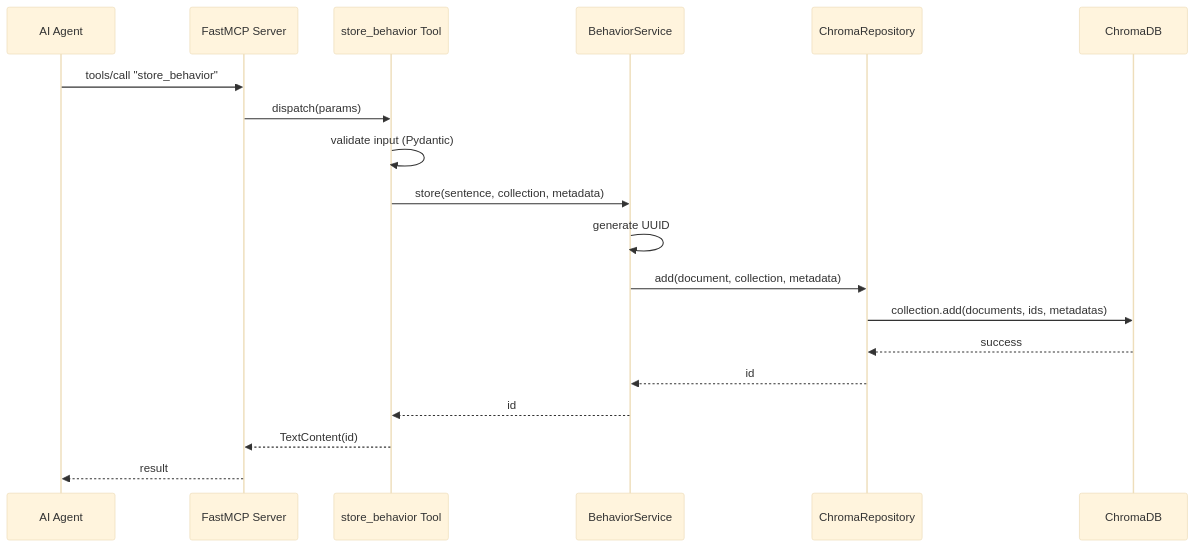
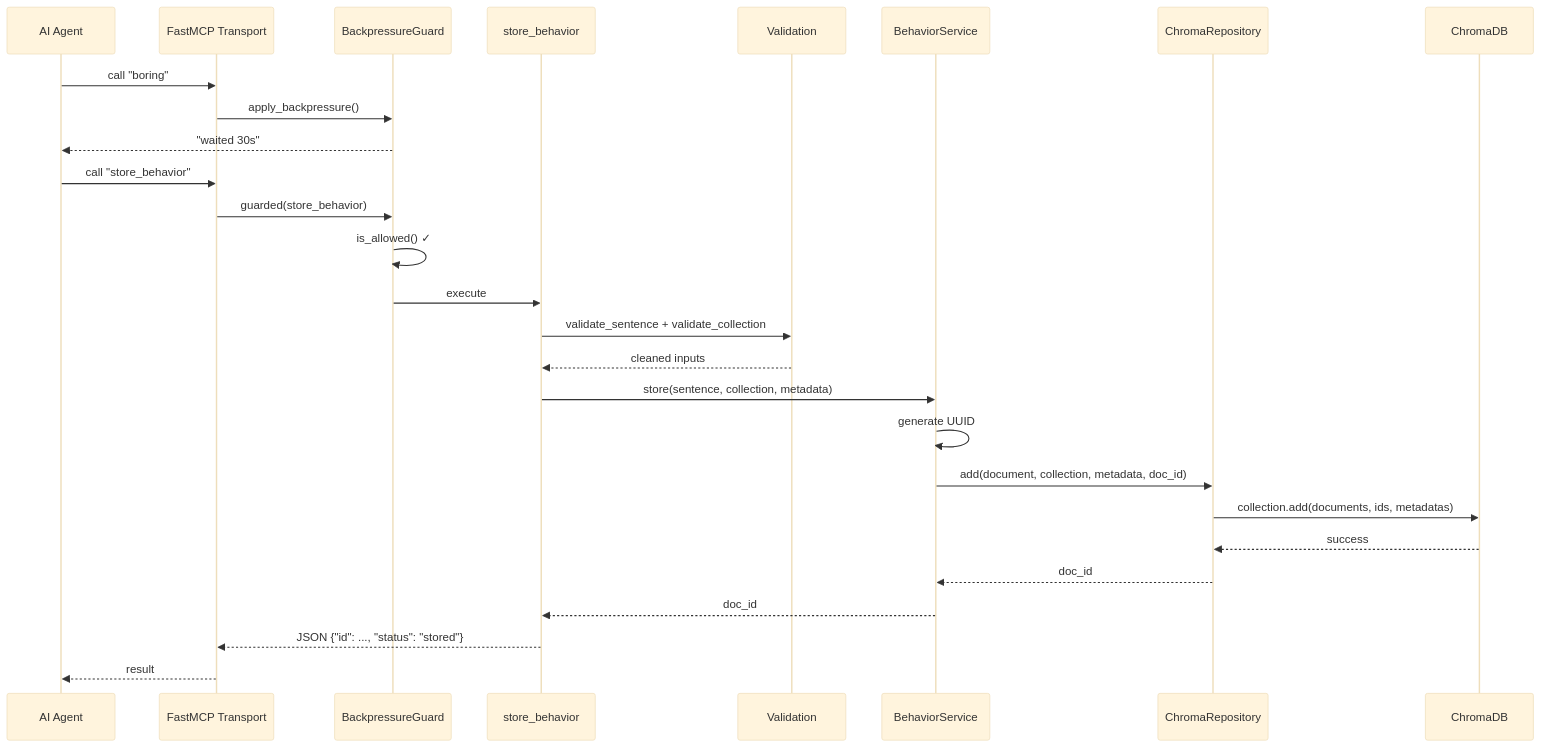
The fourth of 6 diagrams in ai-docs/architecture.md (Zaexv/boring-mcp), drawn with Mermaid (base theme) before and after one commit. The commit also changed other lines of this file and 21 other files, not shown here.

````diff
--- a/ai-docs/architecture.md
+++ b/ai-docs/architecture.md
@@ -144,22 +192,31 @@
 ```mermaid
 sequenceDiagram
     participant Agent as AI Agent
-    participant MCP as FastMCP Server
-    participant Tool as store_behavior Tool
+    participant MCP as FastMCP Transport
+    participant Guard as BackpressureGuard
+    participant Tool as store_behavior
+    participant Val as Validation
     participant Svc as BehaviorService
     participant Repo as ChromaRepository
     participant DB as ChromaDB
 
-    Agent->>MCP: tools/call "store_behavior"
-    MCP->>Tool: dispatch(params)
-    Tool->>Tool: validate input (Pydantic)
+    Agent->>MCP: call "boring"
+    MCP->>Guard: apply_backpressure()
+    Guard-->>Agent: "waited 30s"
+
+    Agent->>MCP: call "store_behavior"
+    MCP->>Guard: guarded(store_behavior)
+    Guard->>Guard: is_allowed() ✓
+    Guard->>Tool: execute
+    Tool->>Val: validate_sentence + validate_collection
+    Val-->>Tool: cleaned inputs
     Tool->>Svc: store(sentence, collection, metadata)
     Svc->>Svc: generate UUID
-    Svc->>Repo: add(document, collection, metadata)
+    Svc->>Repo: add(document, collection, metadata, doc_id)
     Repo->>DB: collection.add(documents, ids, metadatas)
     DB-->>Repo: success
-    Repo-->>Svc: id
-    Svc-->>Tool: id
-    Tool-->>MCP: TextContent(id)
+    Repo-->>Svc: doc_id
+    Svc-->>Tool: doc_id
+    Tool-->>MCP: JSON {"id": ..., "status": "stored"}
     MCP-->>Agent: result
 ```
````
